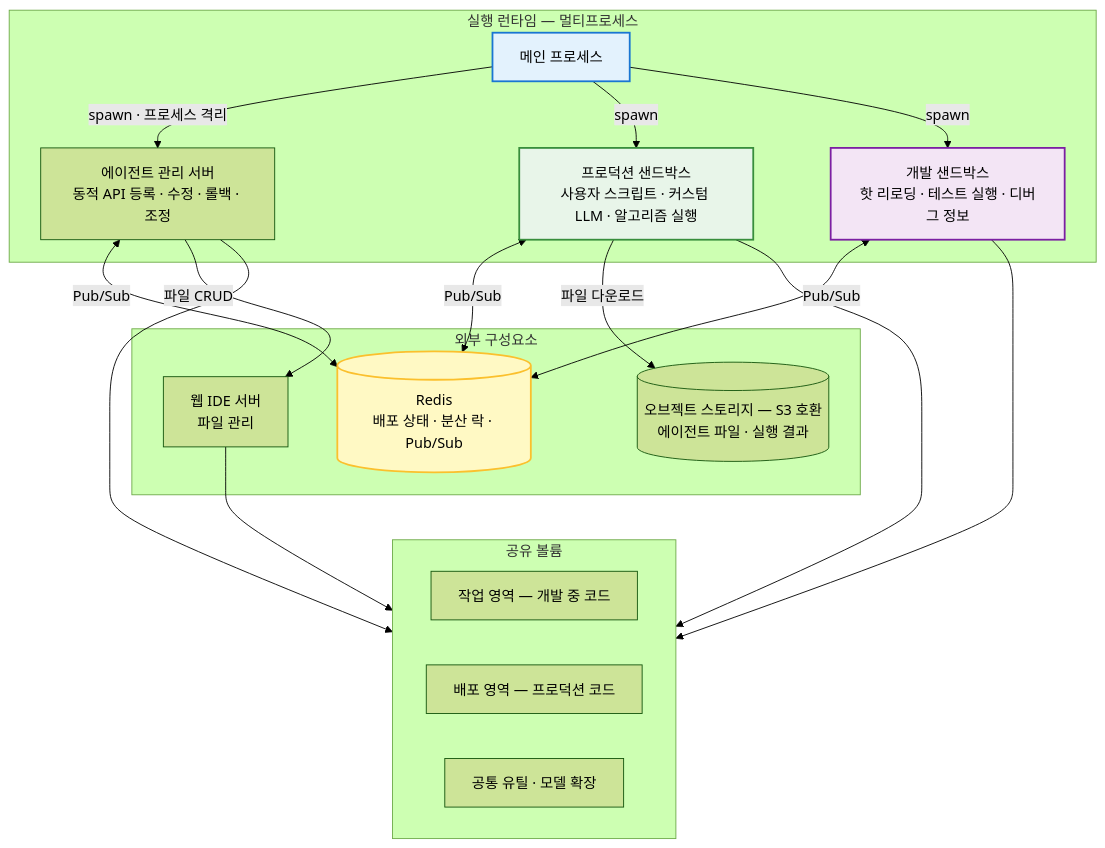
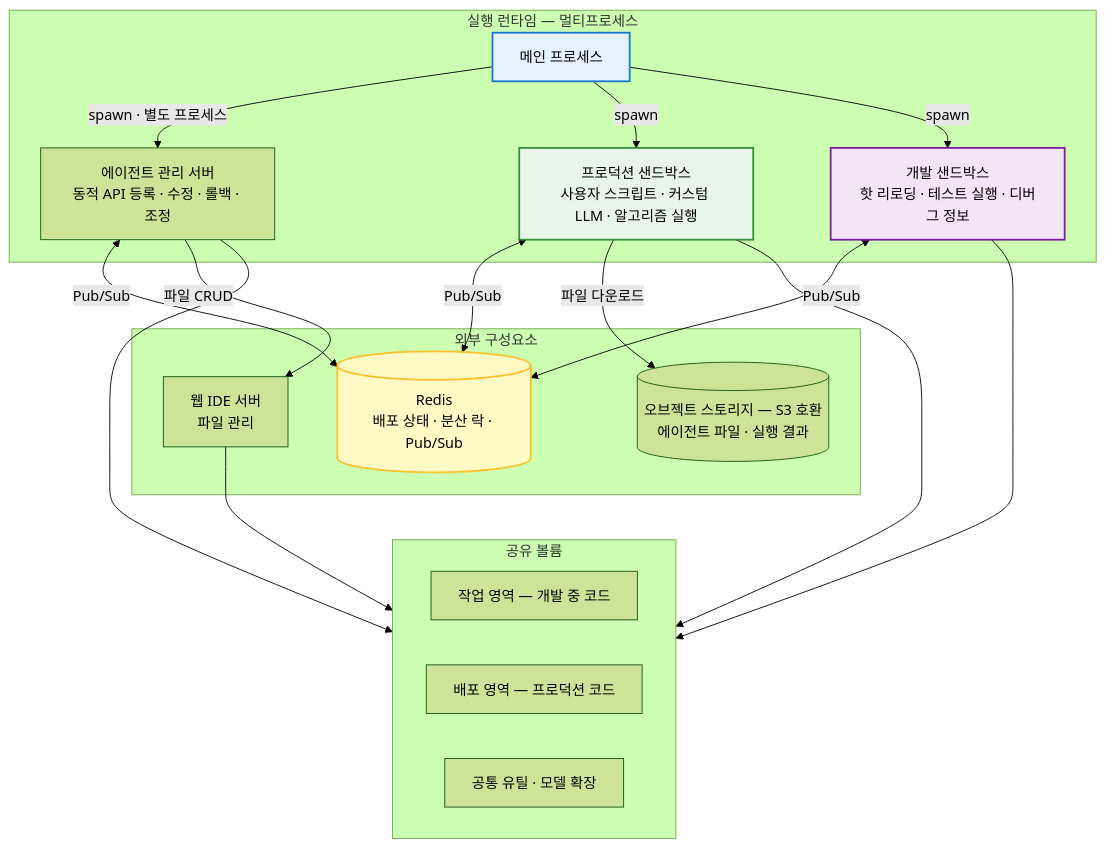
The diagram in public/architecture/pyrunner/system-architecture.mmd (comsa33/porfolio-site), drawn with Mermaid (forest theme) before and after one commit. The commit also changed 7 other files, not shown here.

Commit message:
content: drop unsupported claims from the architecture diagrams

```diff
--- a/public/architecture/pyrunner/system-architecture.mmd
+++ b/public/architecture/pyrunner/system-architecture.mmd
@@ -1,34 +1,34 @@
 flowchart TD
     subgraph P[실행 런타임 — 멀티프로세스]
         Main[메인 프로세스]
-        Main -->|spawn · 프로세스 격리| Agent[에이전트 관리 서버<br/>동적 API 등록 · 수정 · 롤백 · 조정]
+        Main -->|spawn · 별도 프로세스| Agent[에이전트 관리 서버<br/>동적 API 등록 · 수정 · 롤백 · 조정]
         Main -->|spawn| Prod[프로덕션 샌드박스<br/>사용자 스크립트 · 커스텀 LLM · 알고리즘 실행]
         Main -->|spawn| Dev[개발 샌드박스<br/>핫 리로딩 · 테스트 실행 · 디버그 정보]
     end
 
     subgraph Ext[외부 구성요소]
         Redis[(Redis<br/>배포 상태 · 분산 락 · Pub/Sub)]
         Obj[(오브젝트 스토리지 — S3 호환<br/>에이전트 파일 · 실행 결과)]
         IDE[웹 IDE 서버<br/>파일 관리]
     end
 
     subgraph Vol[공유 볼륨]
         WS[작업 영역 — 개발 중 코드]
         PR[배포 영역 — 프로덕션 코드]
         CM[공통 유틸 · 모델 확장]
     end
 
     Agent <-->|Pub/Sub| Redis
     Prod <-->|Pub/Sub| Redis
     Dev <-->|Pub/Sub| Redis
     Agent -->|파일 CRUD| IDE
     Agent --> Vol
     Prod --> Vol
     Dev --> Vol
     Prod -->|파일 다운로드| Obj
     IDE --> Vol
 
     style Main fill:#e3f2fd,stroke:#1976d2,stroke-width:2px,color:#000
     style Redis fill:#fff9c4,stroke:#fbc02d,stroke-width:2px,color:#000
     style Prod fill:#e8f5e9,stroke:#388e3c,stroke-width:2px,color:#000
     style Dev fill:#f3e5f5,stroke:#7b1fa2,stroke-width:2px,color:#000
```
